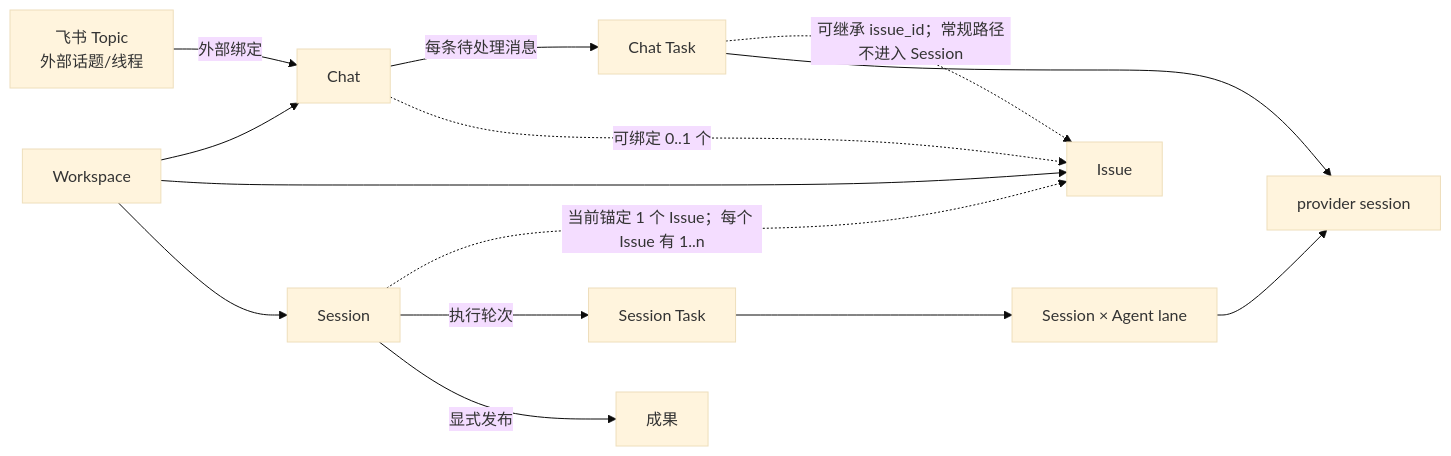
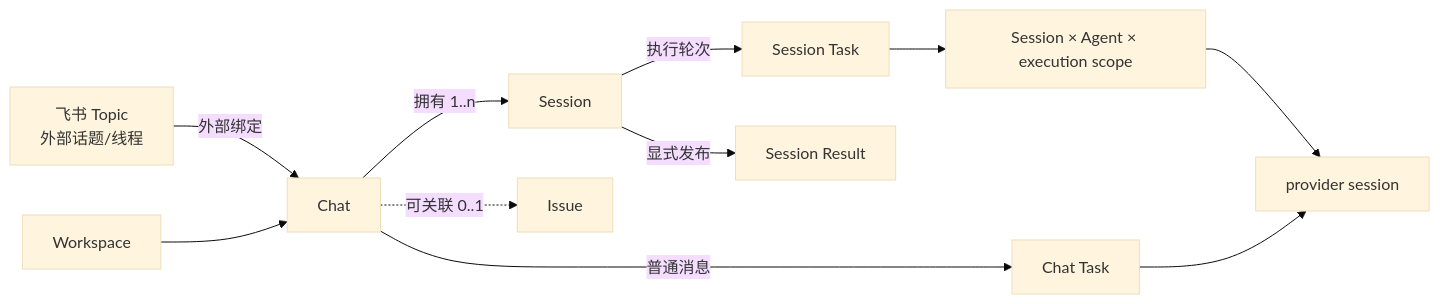
Before and after one commit to moesin-lab/Remi: the diagram in docs/conversation-model.md, drawn with Mermaid (base theme). The commit also changed other lines of this file and 69 other files, not shown here.

````diff
--- a/docs/conversation-model.md
+++ b/docs/conversation-model.md
@@ -14,15 +12,12 @@
 ```mermaid
 flowchart LR
   Topic["飞书 Topic<br/>外部话题/线程"] -->|外部绑定| Chat
   Workspace --> Chat
-  Workspace --> Issue
-  Workspace --> Session
-  Chat -->|每条待处理消息| ChatTask[Chat Task]
-  Chat -. "可绑定 0..1 个" .-> Issue
-  Session -. "当前锚定 1 个 Issue；每个 Issue 有 1..n" .-> Issue
+  Chat -->|拥有 1..n| Session
+  Chat -. "可关联 0..1" .-> Issue
   Session -->|执行轮次| SessionTask[Session Task]
-  Session -->|显式发布| Result[成果]
-  ChatTask -. "可继承 issue_id；常规路径不进入 Session" .-> Issue
-  ChatTask --> Provider[provider session]
-  SessionTask --> Lane["Session × Agent lane"] --> Provider
+  Session -->|显式发布| Result[Session Result]
+  Chat -->|普通消息| ChatTask[Chat Task]
+  SessionTask --> Lane["Session × Agent × execution scope"] --> Provider[provider session]
+  ChatTask --> Provider
 ```
````
